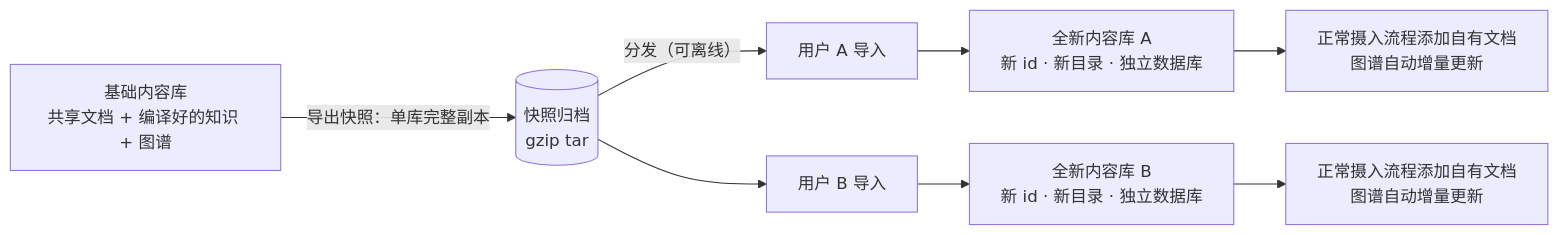
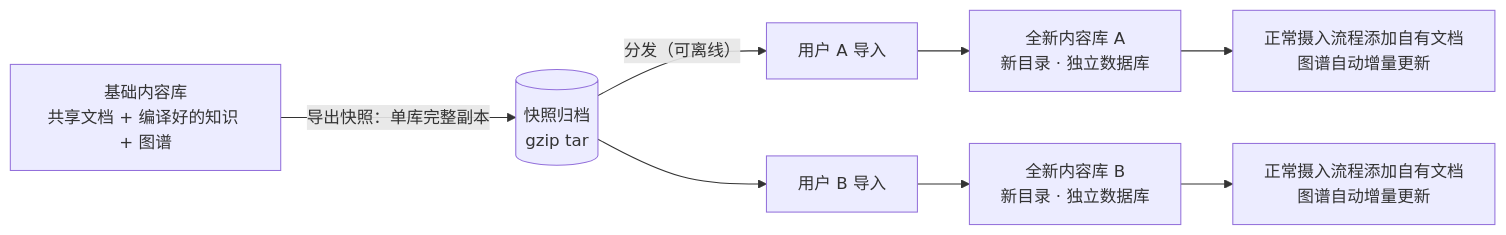
Before and after one commit to xutianyi1999/noema: the fifth of 5 diagrams in README.md, drawn with Mermaid. The commit also changed other lines of this file and 11 other files, not shown here.

````diff
--- a/README.md
+++ b/README.md
@@ -165,10 +262,10 @@
 ```mermaid
 flowchart LR
     BASE["基础内容库<br/>共享文档 + 编译好的知识 + 图谱"] -->|"导出快照：单库完整副本"| FILE[("快照归档<br/>gzip tar")]
     FILE -->|"分发（可离线）"| IMpa["用户 A 导入"]
     FILE --> IMpb["用户 B 导入"]
-    IMpa --> NEWA["全新内容库 A<br/>新 id · 新目录 · 独立数据库"]
-    IMpb --> NEWB["全新内容库 B<br/>新 id · 新目录 · 独立数据库"]
+    IMpa --> NEWA["全新内容库 A<br/>新目录 · 独立数据库"]
+    IMpb --> NEWB["全新内容库 B<br/>新目录 · 独立数据库"]
     NEWA --> ADDA["正常摄入流程添加自有文档<br/>图谱自动增量更新"]
     NEWB --> ADDB["正常摄入流程添加自有文档<br/>图谱自动增量更新"]
 ```
````
